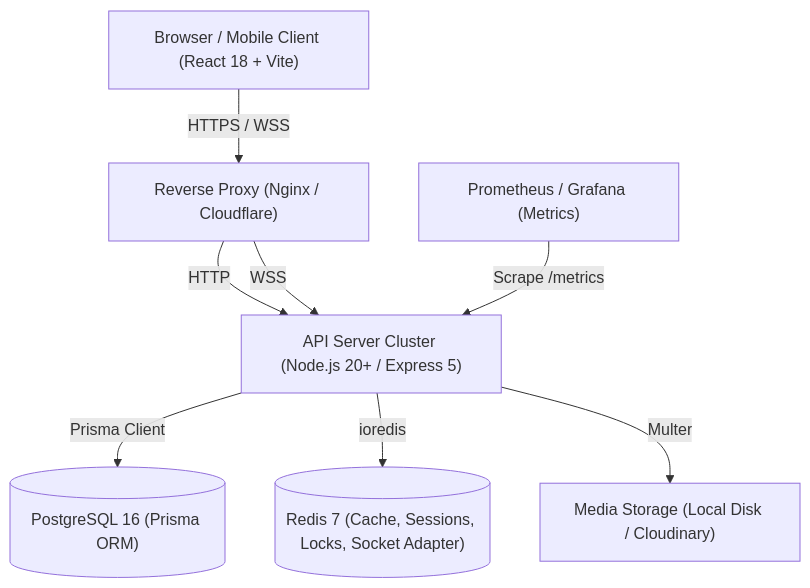
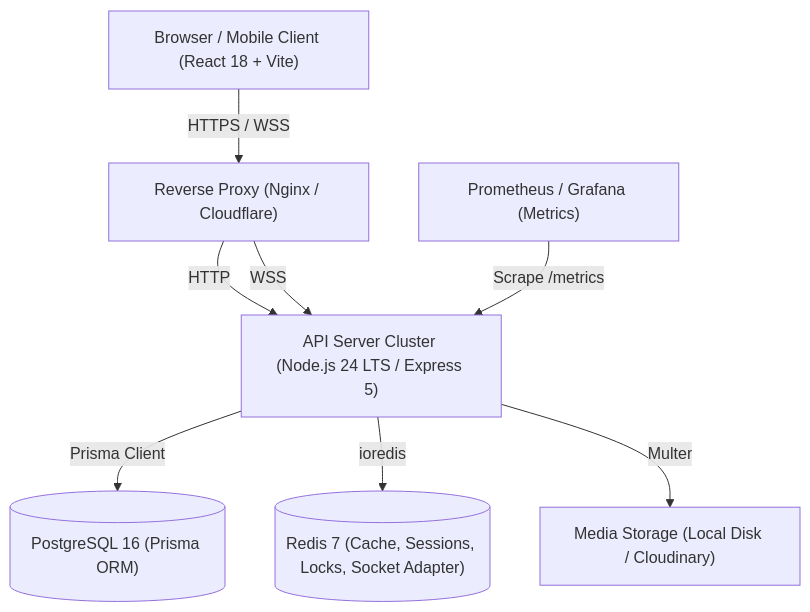
The diagram in docs/ARCHITECTURE.md (omar4405322-crypto/university-management-system), drawn with Mermaid before and after one commit. The commit also changed other lines of this file and 183 other files, not shown here.

````diff
--- a/docs/ARCHITECTURE.md
+++ b/docs/ARCHITECTURE.md
@@ -11,18 +11,18 @@
 ```mermaid
 graph TD
     Client["Browser / Mobile Client (React 18 + Vite)"]
     Proxy["Reverse Proxy (Nginx / Cloudflare)"]
-    API["API Server Cluster (Node.js 20+ / Express 5)"]
+    API["API Server Cluster (Node.js 24 LTS / Express 5)"]
     PG[("PostgreSQL 16 (Prisma ORM)")]
     Redis[("Redis 7 (Cache, Sessions, Locks, Socket Adapter)")]
     Storage["Media Storage (Local Disk / Cloudinary)"]
     Prometheus["Prometheus / Grafana (Metrics)"]
 
     Client -->|HTTPS / WSS| Proxy
     Proxy -->|HTTP| API
     Proxy -->|WSS| API
     API -->|Prisma Client| PG
     API -->|ioredis| Redis
     API -->|Multer| Storage
     Prometheus -->|Scrape /metrics| API
 ```
````
